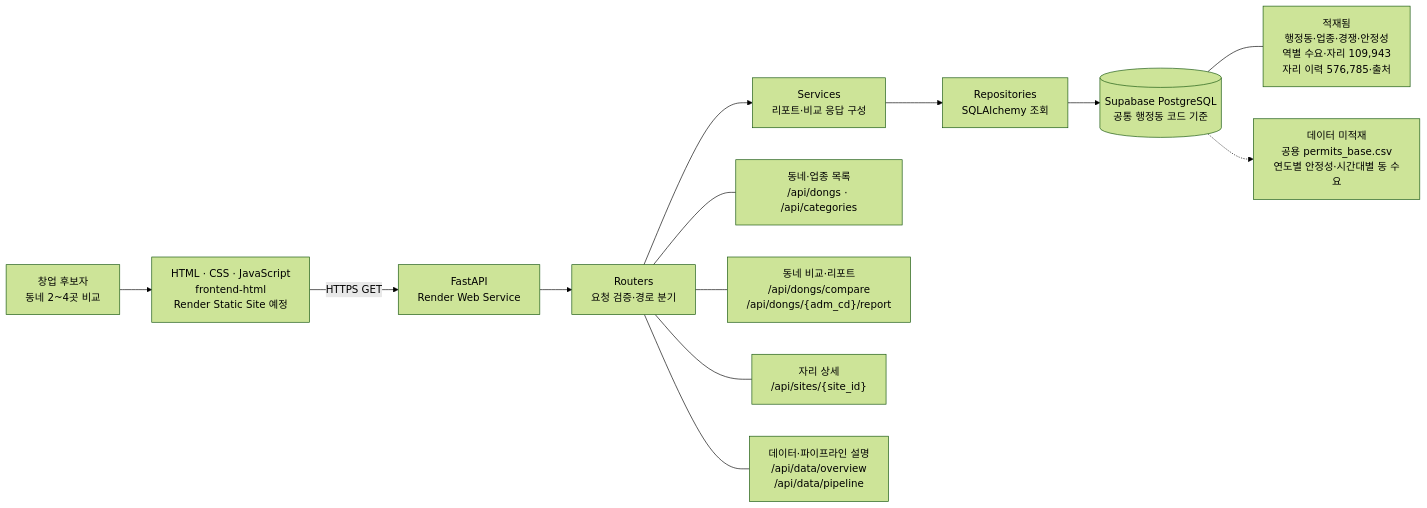
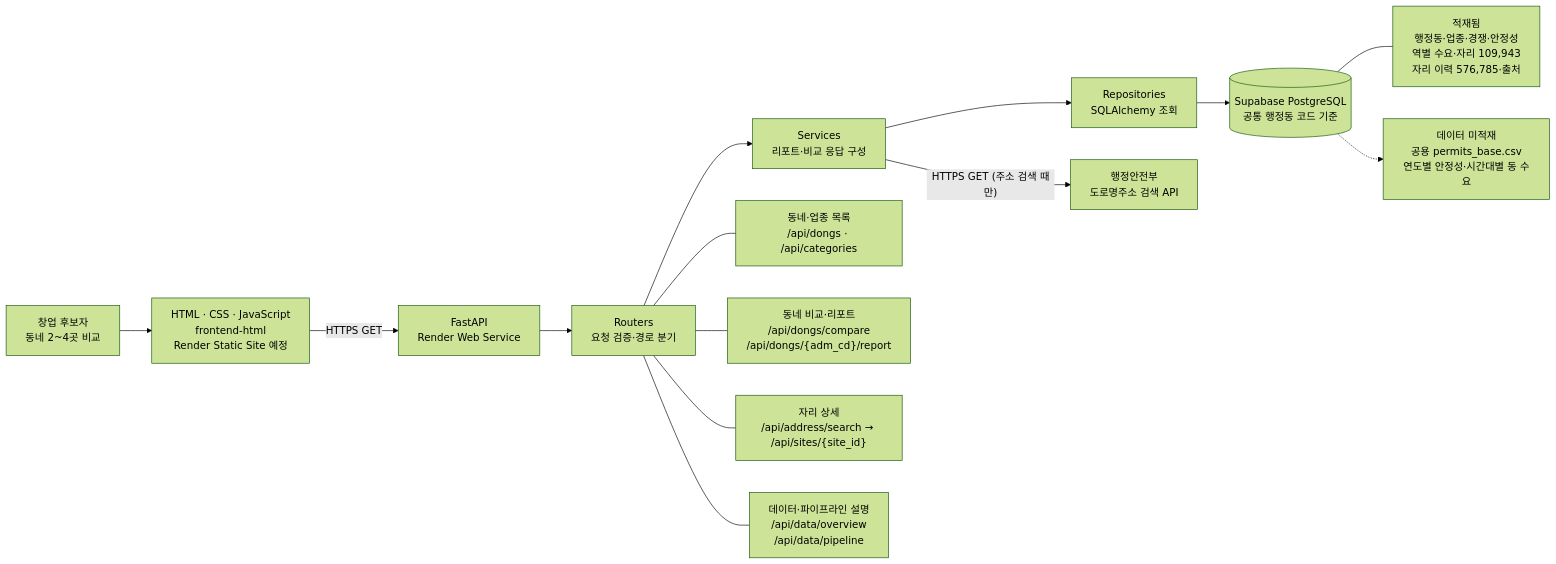
The first of 2 diagrams in docs/architecture.md (chloeyschung/where-to-open), drawn with Mermaid (forest theme) before and after one commit. The commit also changed other lines of this file and 11 other files, not shown here.

First line of the commit message:
주소 검색 API: 도로명주소 API로 주소 → 자리·행정동, 자리 상세 화면을 주소 입력으로

````diff
--- a/docs/architecture.md
+++ b/docs/architecture.md
@@ -7,22 +7,23 @@
 ```mermaid
 flowchart LR
     USER["창업 후보자<br/>동네 2~4곳 비교"]
     FRONT["HTML · CSS · JavaScript<br/>frontend-html<br/>Render Static Site 예정"]
     API["FastAPI<br/>Render Web Service"]
     ROUTER["Routers<br/>요청 검증·경로 분기"]
     SERVICE["Services<br/>리포트·비교 응답 구성"]
     REPO["Repositories<br/>SQLAlchemy 조회"]
     DB[("Supabase PostgreSQL<br/>공통 행정동 코드 기준")]
 
     USER --> FRONT
     FRONT -->|HTTPS GET| API
     API --> ROUTER --> SERVICE --> REPO --> DB
+    SERVICE -->|"HTTPS GET (주소 검색 때만)"| JUSO["행정안전부<br/>도로명주소 검색 API"]
 
     ROUTER --- R1["동네·업종 목록<br/>/api/dongs · /api/categories"]
     ROUTER --- R2["동네 비교·리포트<br/>/api/dongs/compare<br/>/api/dongs/{adm_cd}/report"]
-    ROUTER --- R3["자리 상세<br/>/api/sites/{site_id}"]
+    ROUTER --- R3["자리 상세<br/>/api/address/search → /api/sites/{site_id}"]
     ROUTER --- R4["데이터·파이프라인 설명<br/>/api/data/overview<br/>/api/data/pipeline"]
 
     DB --- POP["적재됨<br/>행정동·업종·경쟁·안정성<br/>역별 수요·자리 109,943<br/>자리 이력 576,785·출처"]
     DB -.-> EMPTY["데이터 미적재<br/>공용 permits_base.csv<br/>연도별 안정성·시간대별 동 수요"]
 ```
````
